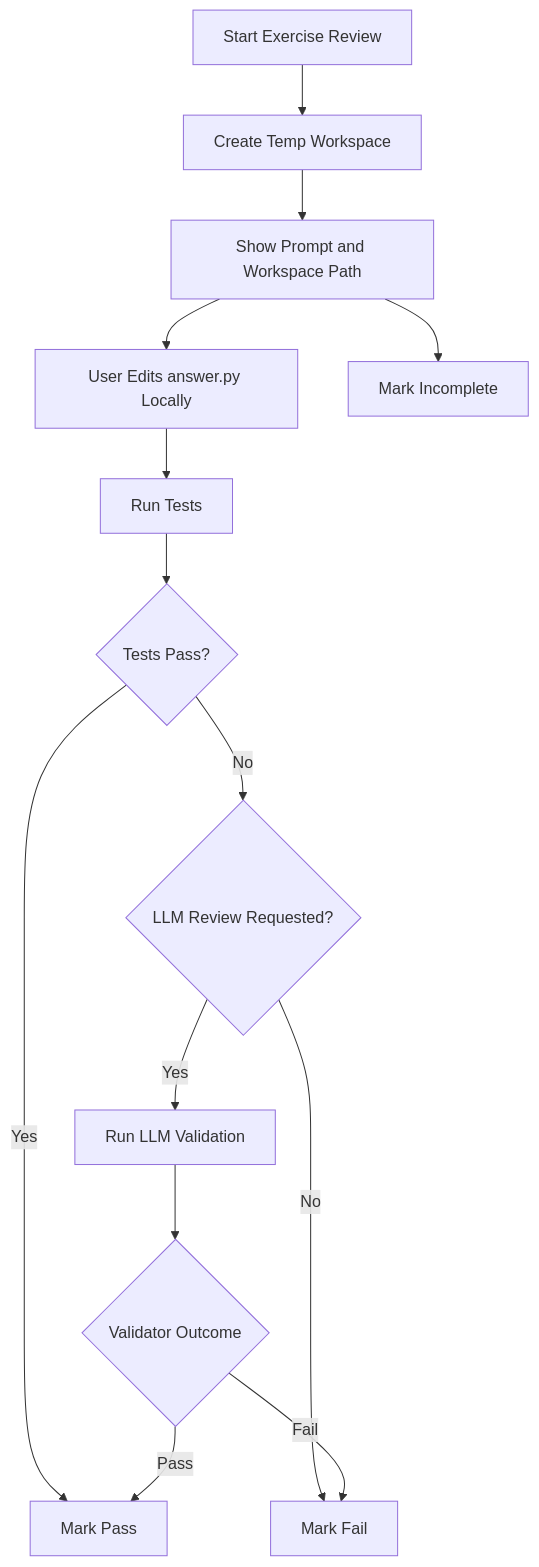
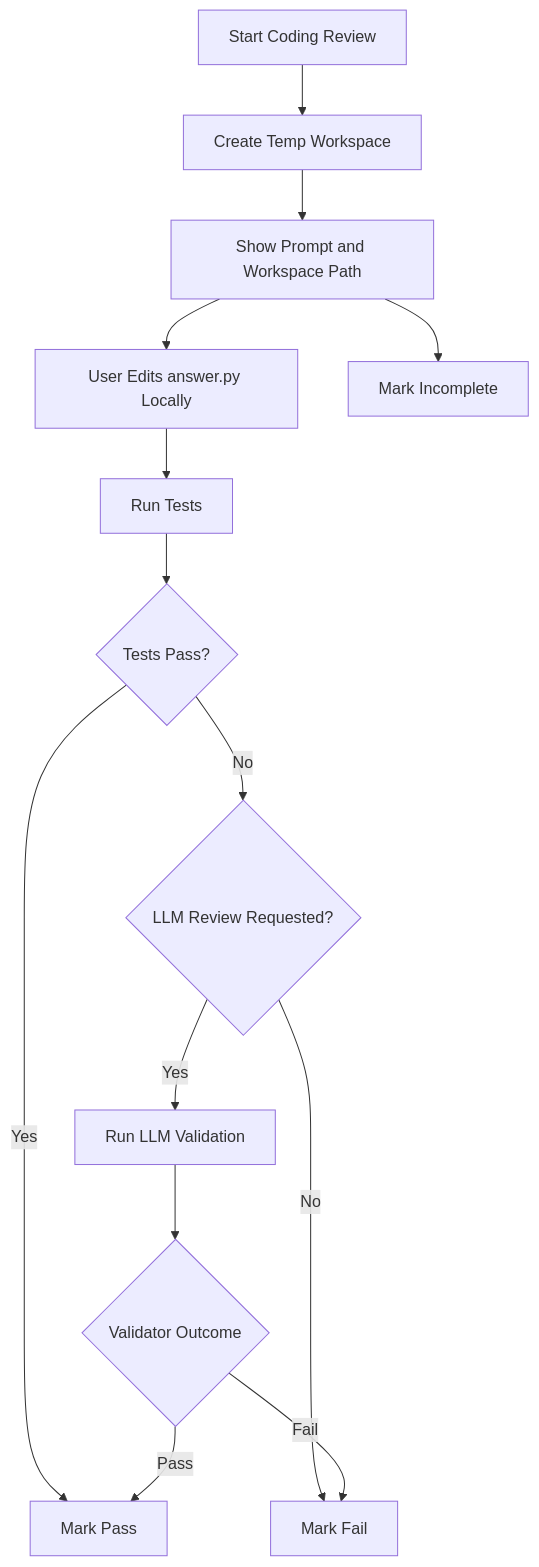
The diagram in docs/design/workflows.md (hangjianli/BarskyProtocol), drawn with Mermaid before and after one commit. The commit also changed other lines of this file and 5 other files, not shown here.

Commit message:
feat: add shuffled review start

````diff
--- a/docs/design/workflows.md
+++ b/docs/design/workflows.md
@@ -48,16 +55,16 @@
 ```mermaid
 flowchart TD
-    S[Start Exercise Review] --> W[Create Temp Workspace]
+    S[Start Coding Review] --> W[Create Temp Workspace]
     W --> P[Show Prompt and Workspace Path]
     P --> E[User Edits answer.py Locally]
     E --> R[Run Tests]
     R --> T{Tests Pass?}
     T -- Yes --> G[Mark Pass]
     T -- No --> L{LLM Review Requested?}
     L -- No --> F[Mark Fail]
     L -- Yes --> V[Run LLM Validation]
     V --> D{Validator Outcome}
     D -- Pass --> G
     D -- Fail --> F
     P --> I[Mark Incomplete]
 ```
````
